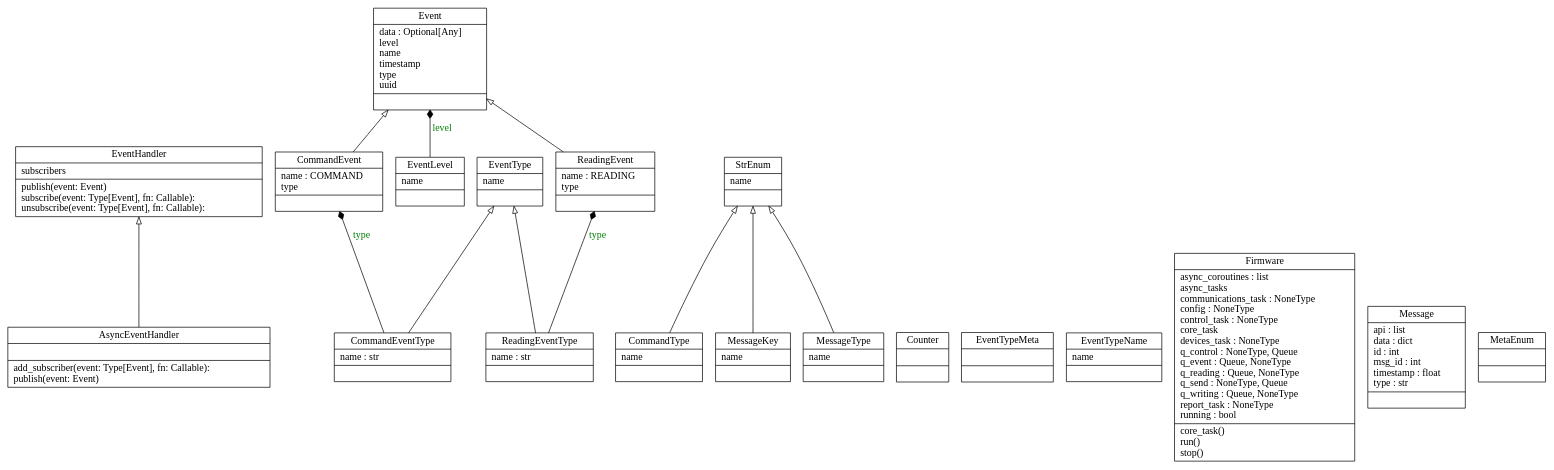
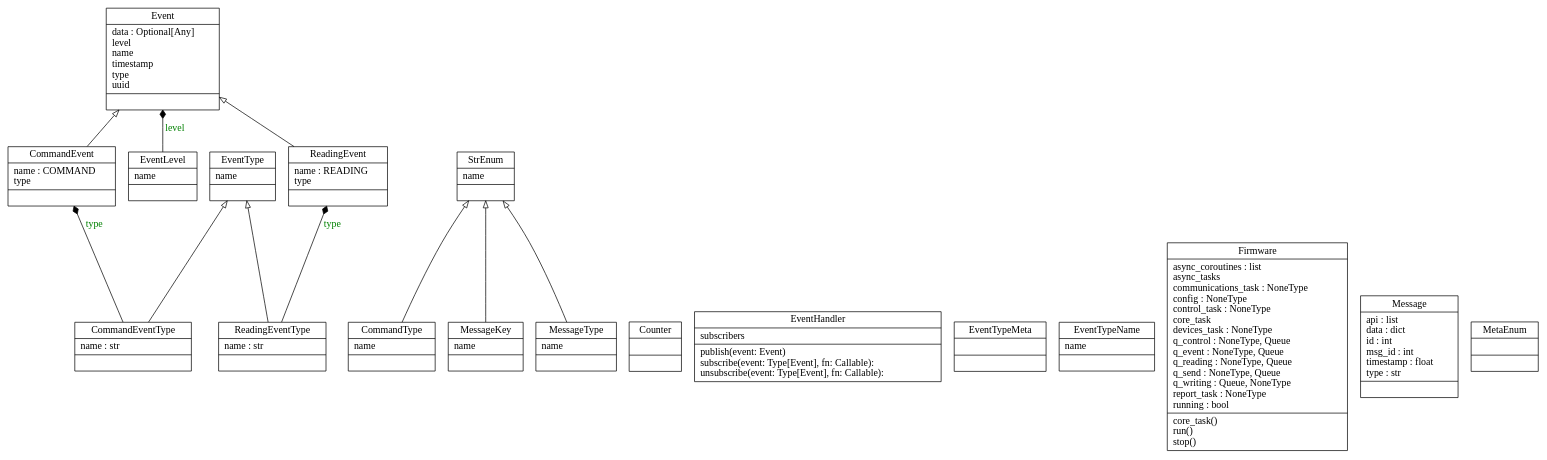
Before and after one commit to bonastreyair/iot-firmware: the diagram in docs/graphs/classes.dot, drawn with Graphviz. The commit also changed 6 other files, not shown here.

```diff
--- a/docs/graphs/classes.dot
+++ b/docs/graphs/classes.dot
@@ -1,34 +1,32 @@
 digraph "classes" {
 rankdir=BT
 charset="utf-8"
-"iot_firmware.event.async_event.AsyncEventHandler" [color="black", fontcolor="black", label="{AsyncEventHandler|\l|add_subscriber(event: Type[Event], fn: Callable): \lpublish(event: Event)\l}", shape="record", style="solid"];
 "iot_firmware.event.basic.event.CommandEvent" [color="black", fontcolor="black", label="{CommandEvent|name : COMMAND\ltype\l|}", shape="record", style="solid"];
 "iot_firmware.event.basic.type.CommandEventType" [color="black", fontcolor="black", label="{CommandEventType|name : str\l|}", shape="record", style="solid"];
 "iot_firmware.enums.CommandType" [color="black", fontcolor="black", label="{CommandType|name\l|}", shape="record", style="solid"];
 "iot_firmware.utils.Counter" [color="black", fontcolor="black", label="{Counter|\l|}", shape="record", style="solid"];
 "iot_firmware.event.event.Event" [color="black", fontcolor="black", label="{Event|data : Optional[Any]\llevel\lname\ltimestamp\ltype\luuid\l|}", shape="record", style="solid"];
 "iot_firmware.event.handler.EventHandler" [color="black", fontcolor="black", label="{EventHandler|subscribers\l|publish(event: Event)\lsubscribe(event: Type[Event], fn: Callable): \lunsubscribe(event: Type[Event], fn: Callable): \l}", shape="record", style="solid"];
 "iot_firmware.event.enum.EventLevel" [color="black", fontcolor="black", label="{EventLevel|name\l|}", shape="record", style="solid"];
 "iot_firmware.event.type.EventType" [color="black", fontcolor="black", label="{EventType|name\l|}", shape="record", style="solid"];
 "iot_firmware.event.type.EventTypeMeta" [color="black", fontcolor="black", label="{EventTypeMeta|\l|}", shape="record", style="solid"];
 "iot_firmware.event.enum.EventTypeName" [color="black", fontcolor="black", label="{EventTypeName|name\l|}", shape="record", style="solid"];
-"iot_firmware.core.core.Firmware" [color="black", fontcolor="black", label="{Firmware|async_coroutines : list\lasync_tasks\lcommunications_task : NoneType\lconfig : NoneType\lcontrol_task : NoneType\lcore_task\ldevices_task : NoneType\lq_control : NoneType, Queue\lq_event : Queue, NoneType\lq_reading : Queue, NoneType\lq_send : NoneType, Queue\lq_writing : Queue, NoneType\lreport_task : NoneType\lrunning : bool\l|core_task()\lrun()\lstop()\l}", shape="record", style="solid"];
+"iot_firmware.core.core.Firmware" [color="black", fontcolor="black", label="{Firmware|async_coroutines : list\lasync_tasks\lcommunications_task : NoneType\lconfig : NoneType\lcontrol_task : NoneType\lcore_task\ldevices_task : NoneType\lq_control : NoneType, Queue\lq_event : NoneType, Queue\lq_reading : NoneType, Queue\lq_send : NoneType, Queue\lq_writing : Queue, NoneType\lreport_task : NoneType\lrunning : bool\l|core_task()\lrun()\lstop()\l}", shape="record", style="solid"];
 "iot_firmware.communications.API.Message" [color="black", fontcolor="black", label="{Message|api : list\ldata : dict\lid : int\lmsg_id : int\ltimestamp : float\ltype : str\l|}", shape="record", style="solid"];
 "iot_firmware.enums.MessageKey" [color="black", fontcolor="black", label="{MessageKey|name\l|}", shape="record", style="solid"];
 "iot_firmware.enums.MessageType" [color="black", fontcolor="black", label="{MessageType|name\l|}", shape="record", style="solid"];
 "iot_firmware.enums.MetaEnum" [color="black", fontcolor="black", label="{MetaEnum|\l|}", shape="record", style="solid"];
 "iot_firmware.event.basic.event.ReadingEvent" [color="black", fontcolor="black", label="{ReadingEvent|name : READING\ltype\l|}", shape="record", style="solid"];
 "iot_firmware.event.basic.type.ReadingEventType" [color="black", fontcolor="black", label="{ReadingEventType|name : str\l|}", shape="record", style="solid"];
 "iot_firmware.enums.StrEnum" [color="black", fontcolor="black", label="{StrEnum|name\l|}", shape="record", style="solid"];
 "iot_firmware.enums.CommandType" -> "iot_firmware.enums.StrEnum" [arrowhead="empty", arrowtail="none"];
 "iot_firmware.enums.MessageKey" -> "iot_firmware.enums.StrEnum" [arrowhead="empty", arrowtail="none"];
 "iot_firmware.enums.MessageType" -> "iot_firmware.enums.StrEnum" [arrowhead="empty", arrowtail="none"];
-"iot_firmware.event.async_event.AsyncEventHandler" -> "iot_firmware.event.handler.EventHandler" [arrowhead="empty", arrowtail="none"];
 "iot_firmware.event.basic.event.CommandEvent" -> "iot_firmware.event.event.Event" [arrowhead="empty", arrowtail="none"];
 "iot_firmware.event.basic.event.ReadingEvent" -> "iot_firmware.event.event.Event" [arrowhead="empty", arrowtail="none"];
 "iot_firmware.event.basic.type.CommandEventType" -> "iot_firmware.event.type.EventType" [arrowhead="empty", arrowtail="none"];
 "iot_firmware.event.basic.type.ReadingEventType" -> "iot_firmware.event.type.EventType" [arrowhead="empty", arrowtail="none"];
 "iot_firmware.event.basic.type.CommandEventType" -> "iot_firmware.event.basic.event.CommandEvent" [arrowhead="diamond", arrowtail="none", fontcolor="green", label="type", style="solid"];
 "iot_firmware.event.basic.type.ReadingEventType" -> "iot_firmware.event.basic.event.ReadingEvent" [arrowhead="diamond", arrowtail="none", fontcolor="green", label="type", style="solid"];
 "iot_firmware.event.enum.EventLevel" -> "iot_firmware.event.event.Event" [arrowhead="diamond", arrowtail="none", fontcolor="green", label="level", style="solid"];
 }
```
